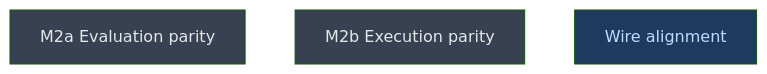
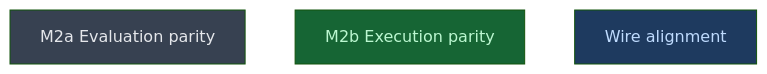
The diagram in __roadmap__/candler-v1/contracts/parity/README.md (CrackingShells/Candler), drawn with Mermaid (forest theme) before and after one commit. The commit also changed other lines of this file and 7 other files, not shown here.

First line of the commit message:
reports(orchestrator): close the m2b-execution-parity milestone

````diff
--- a/__roadmap__/candler-v1/contracts/parity/README.md
+++ b/__roadmap__/candler-v1/contracts/parity/README.md
@@ -17,11 +17,11 @@
 ```mermaid
 graph TD
     m2a_evaluation_parity[M2a Evaluation parity]:::planned
-    m2b_execution_parity[M2b Execution parity]:::planned
+    m2b_execution_parity[M2b Execution parity]:::done
     alignment[Wire alignment]:::amendment
     classDef done       fill:#166534,color:#bbf7d0
     classDef inprogress fill:#854d0e,color:#fef08a
     classDef planned    fill:#374151,color:#e5e7eb
     classDef amendment  fill:#1e3a5f,color:#bfdbfe
     classDef blocked    fill:#7f1d1d,color:#fecaca
 ```
````
